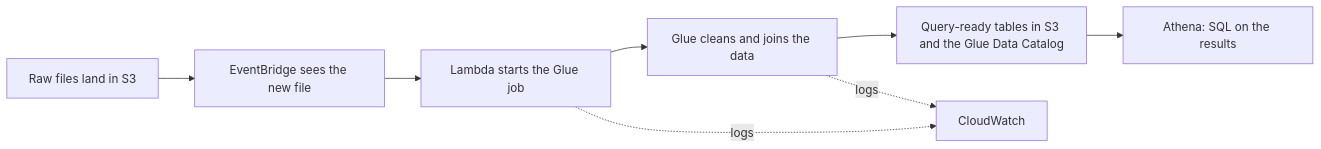
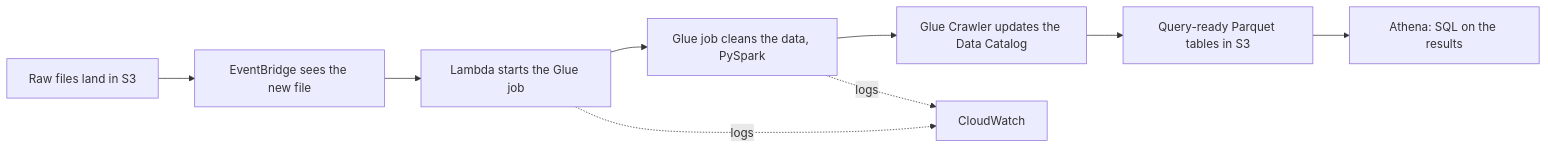
One commit to Srikoushikkamal/serverless_data_pipeline_aws changed the diagram in README.md. Above: the diagram before and after it, drawn with Mermaid. The commit also changed other lines of this file, not shown here.

First line of the commit message:
Name the dataset and the crawler step

````diff
--- a/README.md
+++ b/README.md
@@ -10,10 +10,11 @@
 ```mermaid
 flowchart LR
     A[Raw files land in S3] --> B[EventBridge sees the new file]
     B --> C[Lambda starts the Glue job]
-    C --> D[Glue cleans and joins the data]
-    D --> E[Query-ready tables in S3 and the Glue Data Catalog]
+    C --> D[Glue job cleans the data, PySpark]
+    D --> H[Glue Crawler updates the Data Catalog]
+    H --> E[Query-ready Parquet tables in S3]
     E --> F[Athena: SQL on the results]
     C -. logs .-> G[CloudWatch]
     D -. logs .-> G
 ```
````
